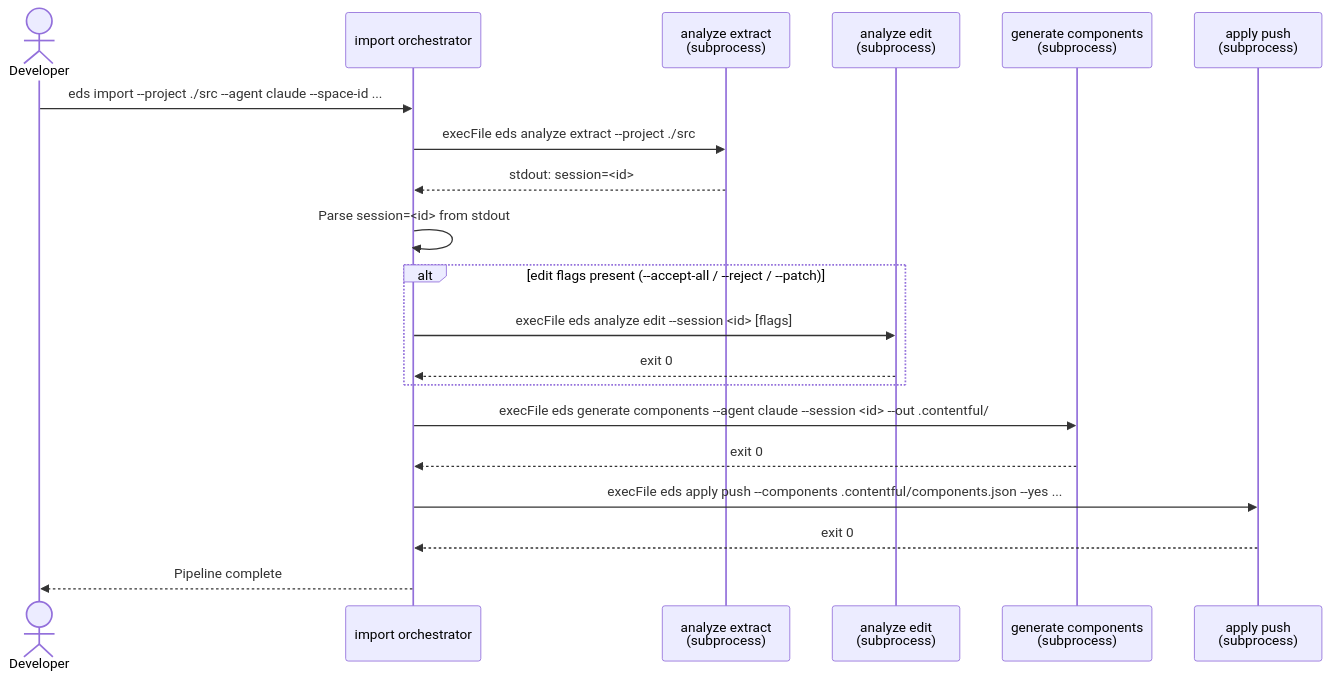
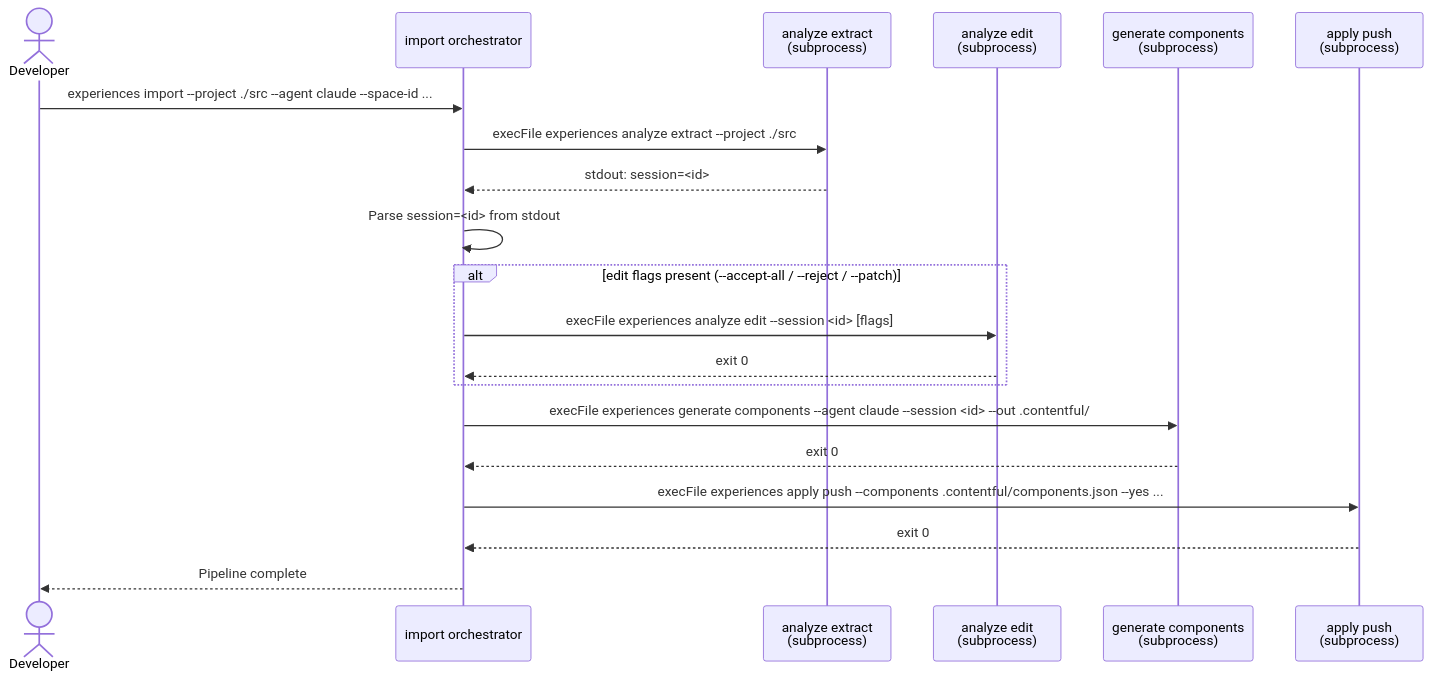
One commit to contentful/experience-design-system-sdk-public changed the fourth of 4 diagrams in ARCHITECTURE.md. Above: the diagram before and after it, drawn with Mermaid. The commit also changed other lines of this file and 6 other files, not shown here.

First line of the commit message:
docs: add decision records and fix stale repo/architecture docs

````diff
--- a/ARCHITECTURE.md
+++ b/ARCHITECTURE.md
@@ -335,28 +347,28 @@
 ```mermaid
 sequenceDiagram
     actor Dev as Developer
     participant Orch as import orchestrator
     participant AE as analyze extract<br/>(subprocess)
     participant AnEdit as analyze edit<br/>(subprocess)
     participant GC as generate components<br/>(subprocess)
     participant AP as apply push<br/>(subprocess)
 
-    Dev->>Orch: eds import --project ./src --agent claude --space-id ...
+    Dev->>Orch: experiences import --project ./src --agent claude --space-id ...
 
-    Orch->>AE: execFile eds analyze extract --project ./src
+    Orch->>AE: execFile experiences analyze extract --project ./src
     AE-->>Orch: stdout: session=<id>
     Orch->>Orch: Parse session=<id> from stdout
 
     alt edit flags present (--accept-all / --reject / --patch)
-        Orch->>AnEdit: execFile eds analyze edit --session <id> [flags]
+        Orch->>AnEdit: execFile experiences analyze edit --session <id> [flags]
         AnEdit-->>Orch: exit 0
     end
 
-    Orch->>GC: execFile eds generate components --agent claude --session <id> --out .contentful/
+    Orch->>GC: execFile experiences generate components --agent claude --session <id> --out .contentful/
     GC-->>Orch: exit 0
 
-    Orch->>AP: execFile eds apply push --components .contentful/components.json --yes ...
+    Orch->>AP: execFile experiences apply push --components .contentful/components.json --yes ...
     AP-->>Orch: exit 0
 
     Orch-->>Dev: Pipeline complete
 ```
````
